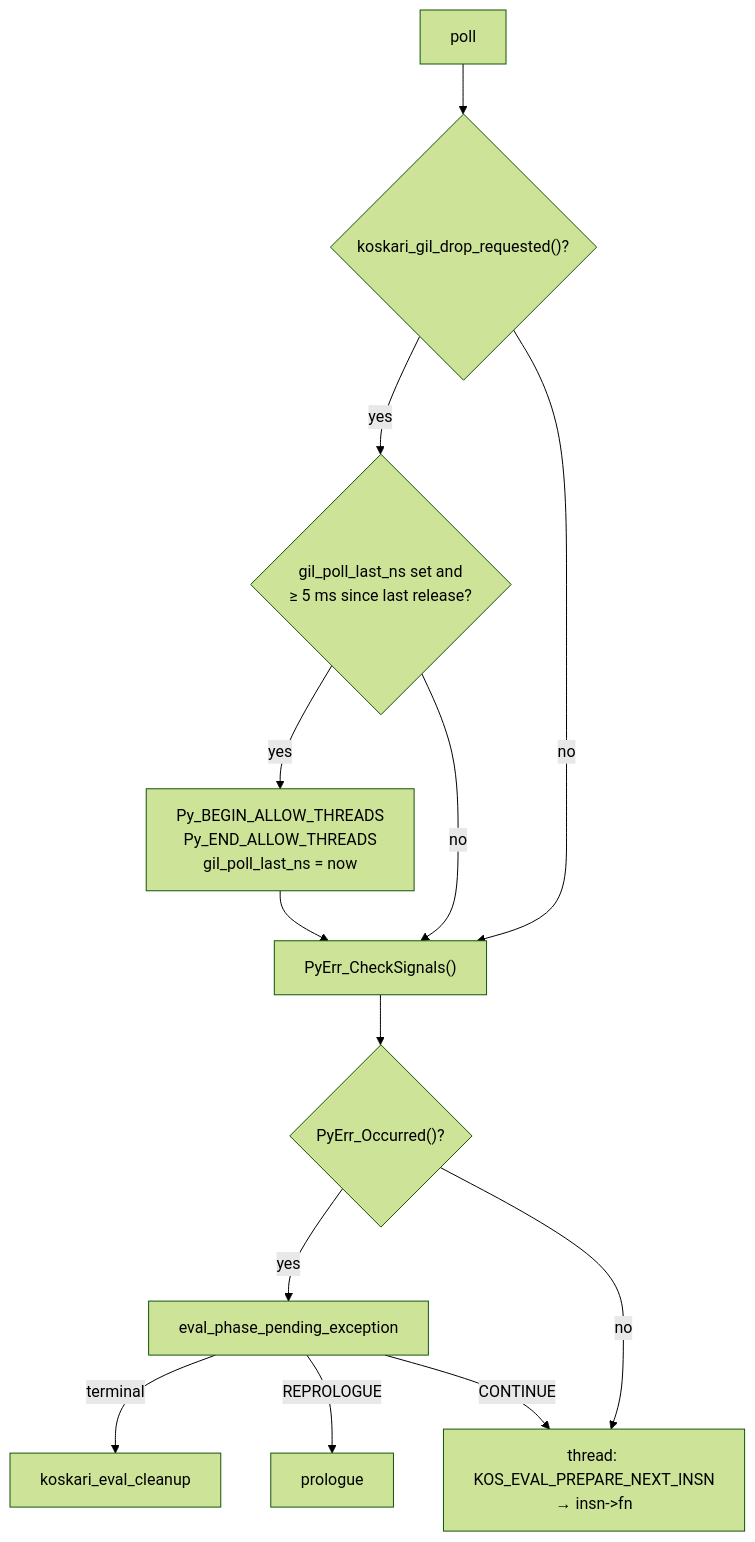
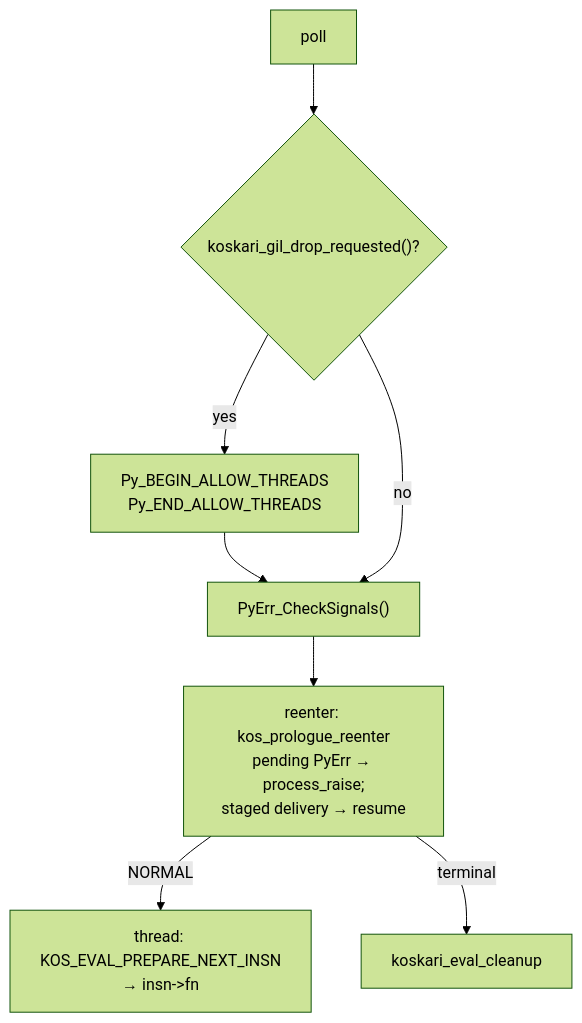
Before and after one commit to koskari-lang/koskari: the second of 12 diagrams in design/EVALUATOR.md, drawn with Mermaid (forest theme). The commit also changed other lines of this file, not shown here.

First line of the commit message:
Describe the eval breaker and the call paths in the evaluator rollup

````diff
--- a/design/EVALUATOR.md
+++ b/design/EVALUATOR.md
@@ -210,24 +216,16 @@
 ```mermaid
 flowchart TD
     poll["poll"]
     drop{"koskari_gil_drop_requested()?"}
-    time{"gil_poll_last_ns set and<br/>≥ 5 ms since last release?"}
-    gil["Py_BEGIN_ALLOW_THREADS<br/>Py_END_ALLOW_THREADS<br/>gil_poll_last_ns = now"]
+    gil["Py_BEGIN_ALLOW_THREADS<br/>Py_END_ALLOW_THREADS"]
     sig["PyErr_CheckSignals()"]
-    pyerr{"PyErr_Occurred()?"}
-    pend["eval_phase_pending_exception"]
+    reenter["reenter: kos_prologue_reenter<br/>pending PyErr → process_raise;<br/>staged delivery → resume"]
     dispatch["thread: KOS_EVAL_PREPARE_NEXT_INSN<br/>→ insn->fn"]
 
     poll --> drop
-    drop -->|yes| time
+    drop -->|yes| gil --> sig
     drop -->|no| sig
-    time -->|yes| gil
-    time -->|no| sig
-    gil --> sig
-    sig --> pyerr
-    pyerr -->|yes| pend
-    pyerr -->|no| dispatch
-    pend -->|terminal| stop["koskari_eval_cleanup"]
-    pend -->|REPROLOGUE| prologue["prologue"]
-    pend -->|CONTINUE| dispatch
+    sig --> reenter
+    reenter -->|NORMAL| dispatch
+    reenter -->|terminal| stop["koskari_eval_cleanup"]
 ```
````
